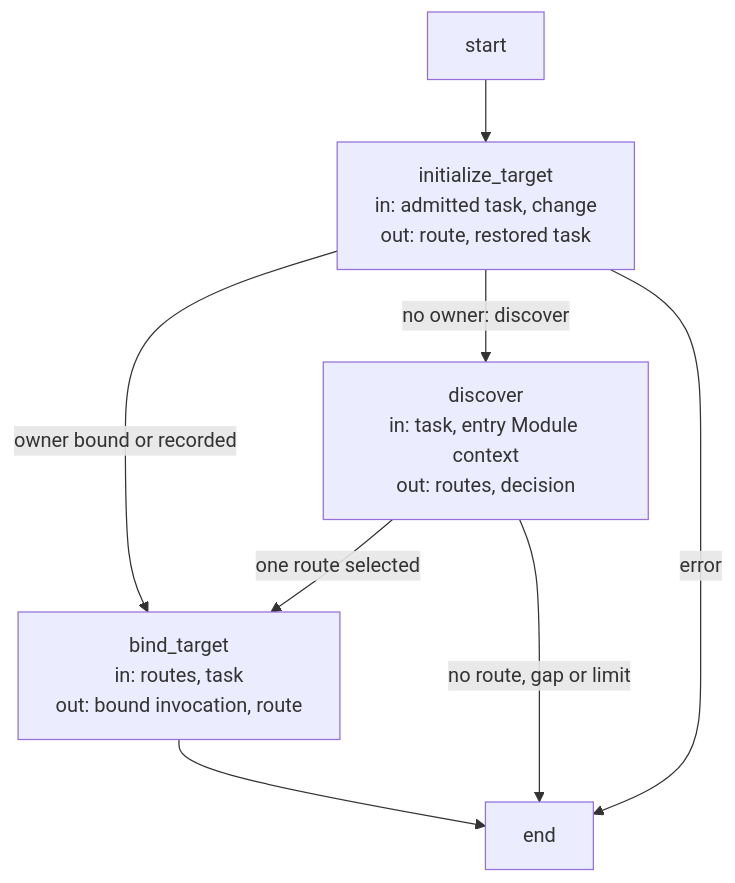
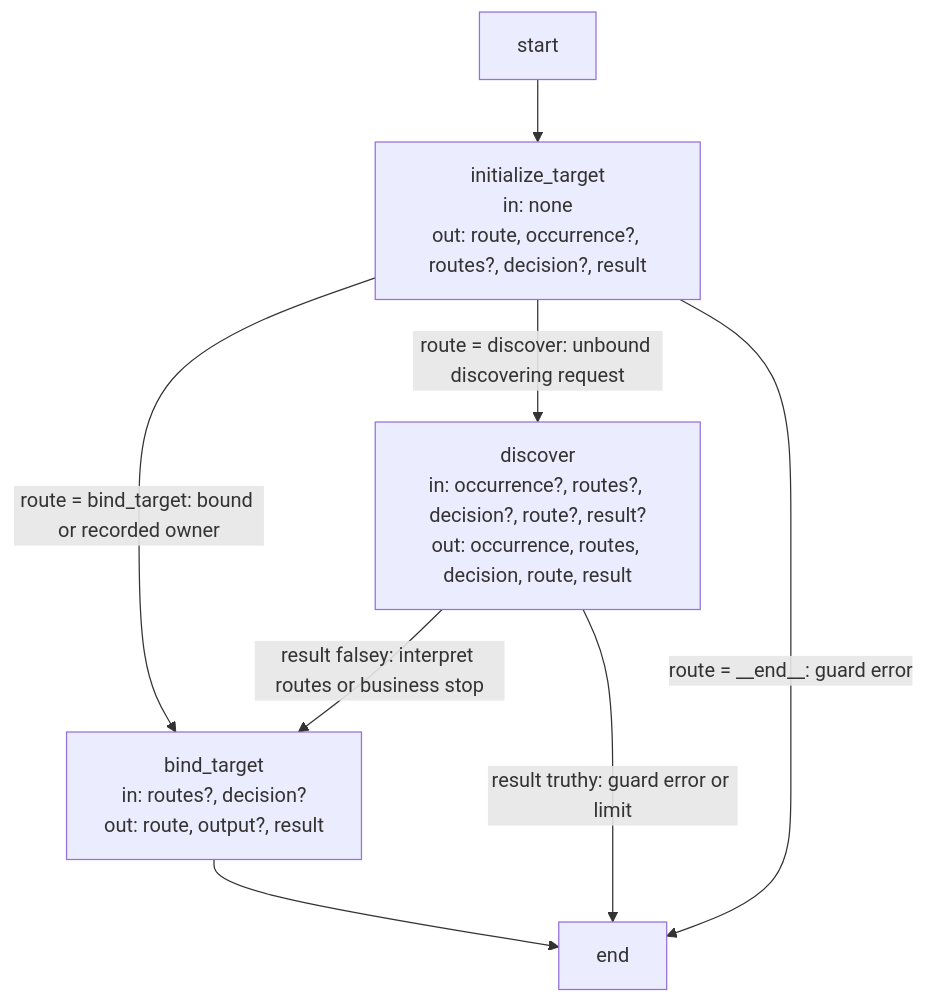
One commit to FTOD/concorde changed the second of 2 diagrams in specs/concorde/operations/execution-reference.md. Above: the diagram before and after it, drawn with Mermaid. The commit also changed other lines of this file and 10 other files, not shown here.

Commit message:
docs: clarify LangGraph state and routing in operation diagrams

````diff
--- a/specs/concorde/operations/execution-reference.md
+++ b/specs/concorde/operations/execution-reference.md
@@ -312,18 +353,18 @@
 ```mermaid
 flowchart TB
     %% graph: target_graph
     accTitle: Target admission Graph
     accDescr: A request with a bound or recorded owner is bound directly; an unbound request first runs router discovery, and the selected route binds the owner.
     __start__["start"]
-    initialize_target["initialize_target<br/>in: admitted task, change<br/>out: route, restored task"]
-    discover["discover<br/>in: task, entry Module context<br/>out: routes, decision"]
-    bind_target["bind_target<br/>in: routes, task<br/>out: bound invocation, route"]
+    initialize_target["initialize_target<br/>in: none<br/>out: route, occurrence?, routes?, decision?, result"]
+    discover["discover<br/>in: occurrence?, routes?, decision?, route?, result?<br/>out: occurrence, routes, decision, route, result"]
+    bind_target["bind_target<br/>in: routes?, decision?<br/>out: route, output?, result"]
     __end__["end"]
     __start__ --> initialize_target
-    initialize_target -->|owner bound or recorded| bind_target
-    initialize_target -->|no owner: discover| discover
-    initialize_target -->|error| __end__
-    discover -->|one route selected| bind_target
-    discover -->|no route, gap or limit| __end__
+    initialize_target -->|route = bind_target: bound or recorded owner| bind_target
+    initialize_target -->|route = discover: unbound discovering request| discover
+    initialize_target -->|route = __end__: guard error| __end__
+    discover -->|result falsey: interpret routes or business stop| bind_target
+    discover -->|result truthy: guard error or limit| __end__
     bind_target --> __end__
 ```
````
